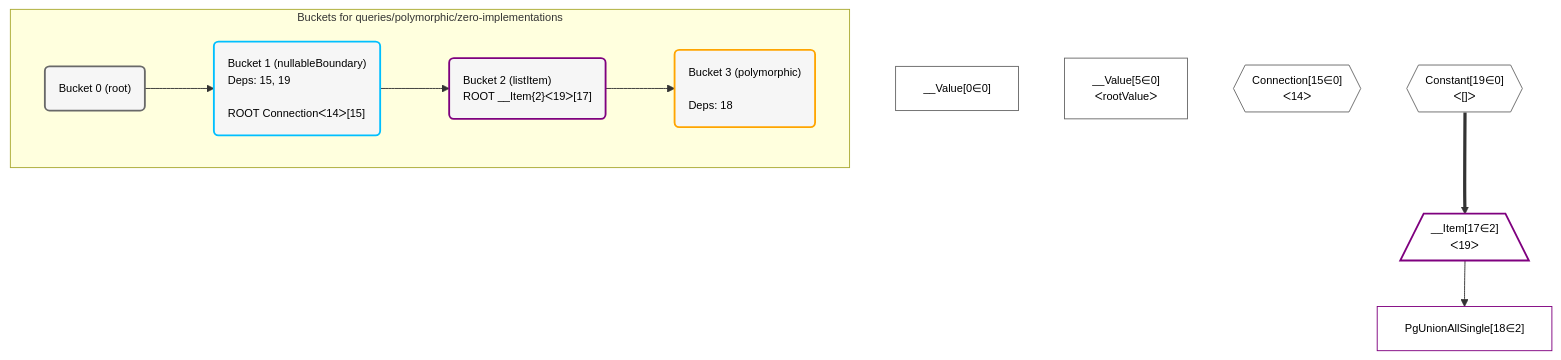
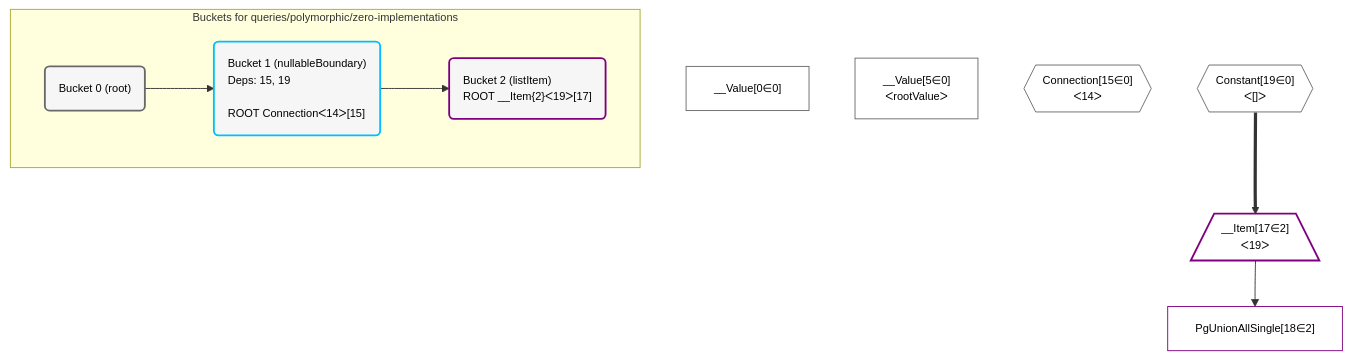
One commit to graphile/crystal changed the diagram in postgraphile/postgraphile/__tests__/queries/polymorphic/zero-implementations.mermaid. Above: the diagram before and after it, drawn with Mermaid.

Commit message:
Update snapshot

```diff
--- a/postgraphile/postgraphile/__tests__/queries/polymorphic/zero-implementations.mermaid
+++ b/postgraphile/postgraphile/__tests__/queries/polymorphic/zero-implementations.mermaid
@@ -1,39 +1,35 @@
 %%{init: {'themeVariables': { 'fontSize': '12px'}}}%%
 graph TD
     classDef path fill:#eee,stroke:#000,color:#000
     classDef plan fill:#fff,stroke-width:1px,color:#000
     classDef itemplan fill:#fff,stroke-width:2px,color:#000
     classDef unbatchedplan fill:#dff,stroke-width:1px,color:#000
     classDef sideeffectplan fill:#fcc,stroke-width:2px,color:#000
     classDef bucket fill:#f6f6f6,color:#000,stroke-width:2px,text-align:left
 
 
     %% plan dependencies
     __Value0["__Value[0∈0]"]:::plan
     __Value5["__Value[5∈0]<br />ᐸrootValueᐳ"]:::plan
     Connection15{{"Connection[15∈0]<br />ᐸ14ᐳ"}}:::plan
     Constant19{{"Constant[19∈0]<br />ᐸ[]ᐳ"}}:::plan
     __Item17[/"__Item[17∈2]<br />ᐸ19ᐳ"\]:::itemplan
     Constant19 ==> __Item17
     PgUnionAllSingle18["PgUnionAllSingle[18∈2]"]:::plan
     __Item17 --> PgUnionAllSingle18
 
     %% define steps
 
     subgraph "Buckets for queries/polymorphic/zero-implementations"
     Bucket0("Bucket 0 (root)"):::bucket
     classDef bucket0 stroke:#696969
     class Bucket0,__Value0,__Value5,Connection15,Constant19 bucket0
     Bucket1("Bucket 1 (nullableBoundary)<br />Deps: 15, 19<br /><br />ROOT Connectionᐸ14ᐳ[15]"):::bucket
     classDef bucket1 stroke:#00bfff
     class Bucket1 bucket1
     Bucket2("Bucket 2 (listItem)<br />ROOT __Item{2}ᐸ19ᐳ[17]"):::bucket
     classDef bucket2 stroke:#7f007f
     class Bucket2,__Item17,PgUnionAllSingle18 bucket2
-    Bucket3("Bucket 3 (polymorphic)<br /><br />Deps: 18"):::bucket
-    classDef bucket3 stroke:#ffa500
-    class Bucket3 bucket3
     Bucket0 --> Bucket1
     Bucket1 --> Bucket2
-    Bucket2 --> Bucket3
     end
```
